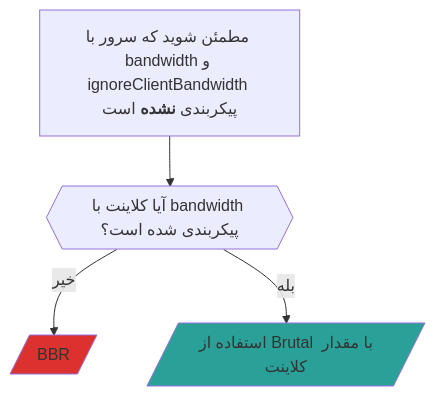
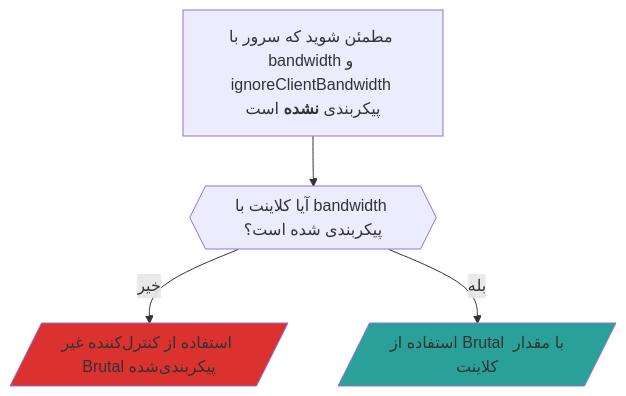
Before and after one commit to apernet/hysteria-website: the second of 2 diagrams in docs/docs/advanced/Full-Server-Config.fa.md, drawn with Mermaid. The commit also changed other lines of this file and 37 other files, not shown here.

````diff
--- a/docs/docs/advanced/Full-Server-Config.fa.md
+++ b/docs/docs/advanced/Full-Server-Config.fa.md
@@ -175,9 +210,9 @@
 ```mermaid
 graph TD;
     S_no_BW["`مطمئن شوید که سرور با bandwidth و ignoreClientBandwidth پیکربندی **نشده** است`"] --> C_has_BW;
-    C_has_BW{{"آیا کلاینت با bandwidth پیکربندی شده است؟"}} -- "خیر" --> BBR[/"BBR"/];
+    C_has_BW{{"آیا کلاینت با bandwidth پیکربندی شده است؟"}} -- "خیر" --> NonBrutal[/"استفاده از کنترل‌کننده غیر Brutal پیکربندی‌شده"/];
     C_has_BW -- "بله" --> Brutal_C[/"استفاده از Brutal با مقدار کلاینت"/];
 
-    style BBR fill:#dc322f;
+    style NonBrutal fill:#dc322f;
     style Brutal_C fill:#2aa198;
 ```
````
